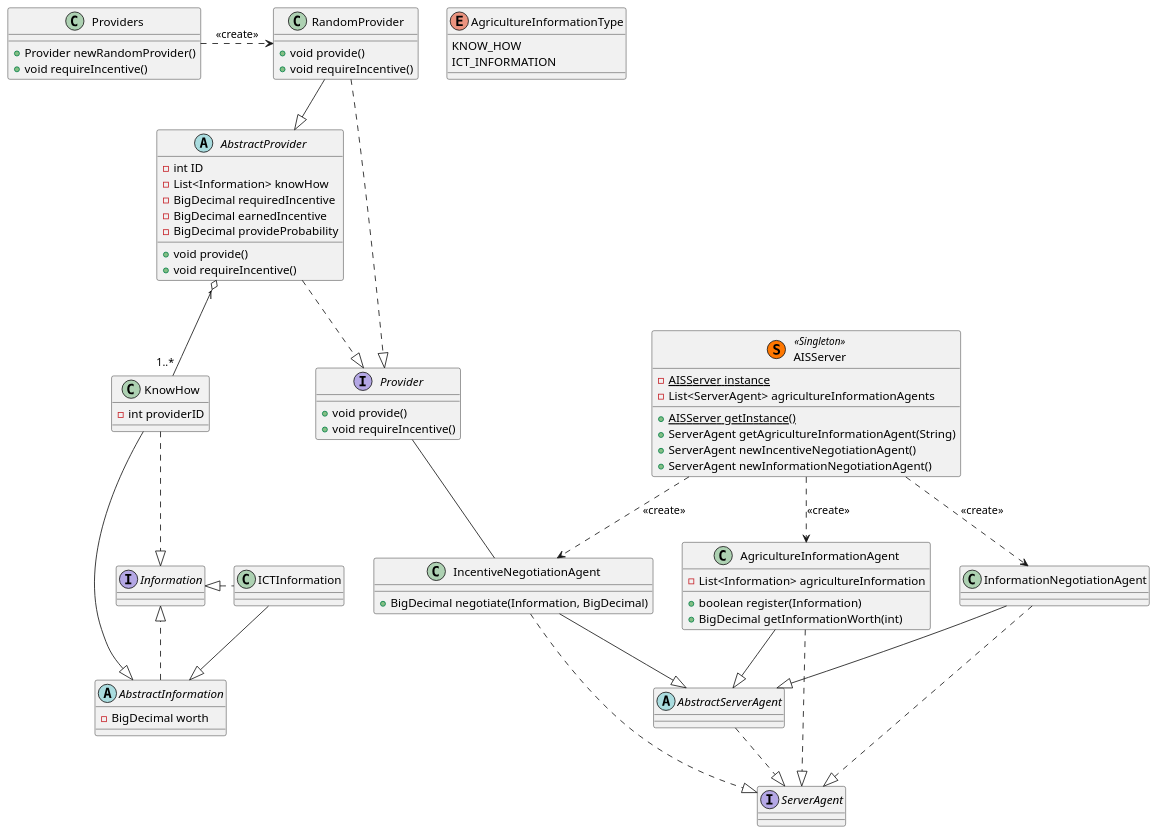
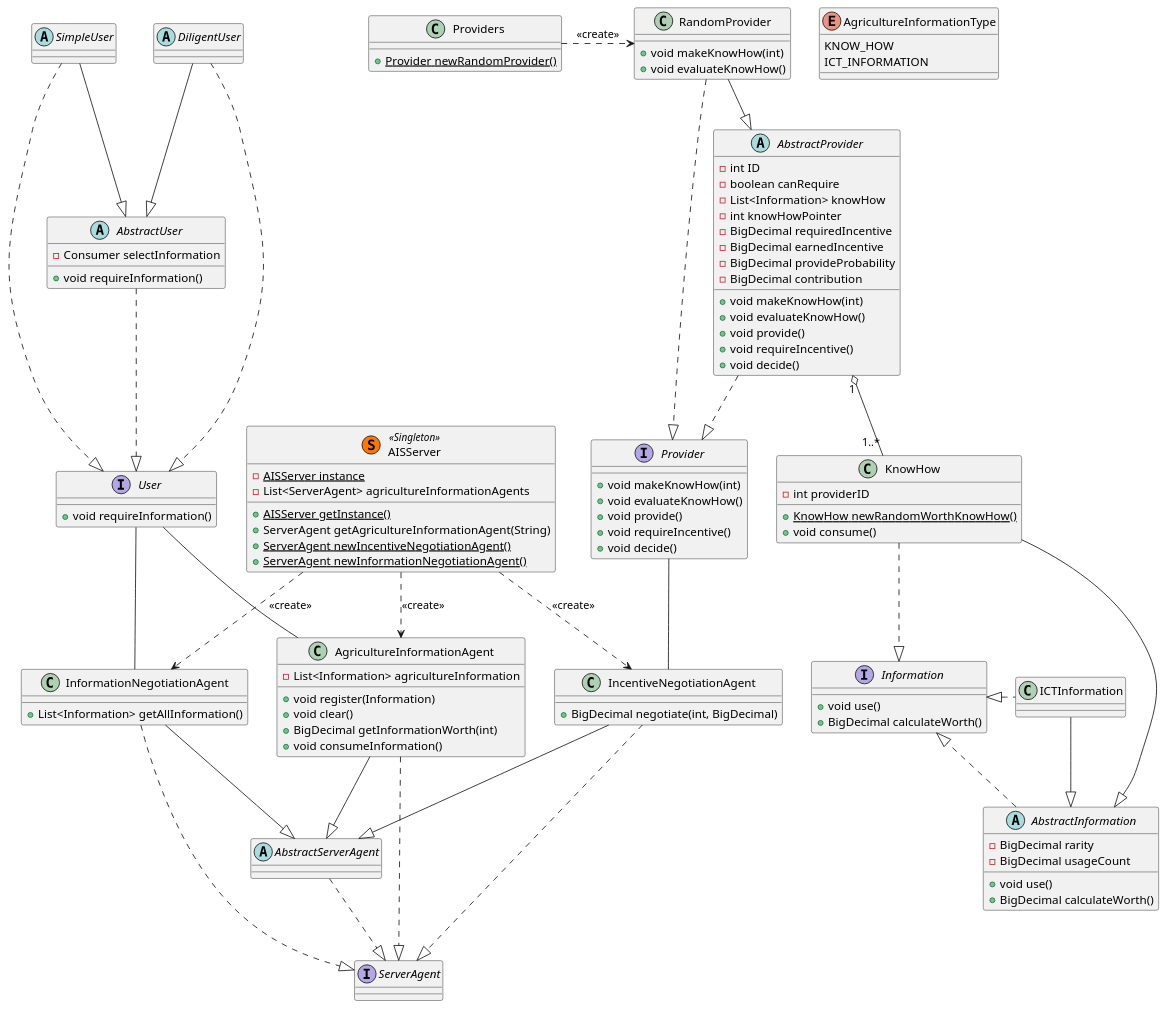
The diagram in src/aisClassFigure.puml (1200627/AgriInfoSharing), drawn with PlantUML before and after one commit. The commit also changed 61 other files, not shown here.

```diff
--- a/src/aisClassFigure.puml
+++ b/src/aisClassFigure.puml
@@ -1,87 +1,132 @@
 @startuml
-
+' getter/setter は省略
 ' ########## Provider ##########
 interface Provider {
+    + void makeKnowHow(int)
+    + void evaluateKnowHow()
     + void provide()
     + void requireIncentive()
+    + void decide()
 }
 abstract class AbstractProvider {
     - int ID
+    - boolean canRequire
     - List<Information> knowHow
+    - int knowHowPointer
     - BigDecimal requiredIncentive
     - BigDecimal earnedIncentive
     - BigDecimal provideProbability
+    - BigDecimal contribution
+    + void makeKnowHow(int)
+    + void evaluateKnowHow()
     + void provide()
     + void requireIncentive()
+    + void decide()
 }
 class RandomProvider {
-    + void provide()
-    + void requireIncentive()
+    + void makeKnowHow(int)
+    + void evaluateKnowHow()
 }
 class Providers {
-    + Provider newRandomProvider()
-    + void requireIncentive()
+    +{static} Provider newRandomProvider()
 }
 
 AbstractProvider ..|> Provider
 RandomProvider --|> AbstractProvider
 RandomProvider .r.|> Provider
 Providers .r.> RandomProvider : <<create>>
 
 AbstractProvider "1" o-- "1..*" KnowHow
 
+' ########## User ##########
+
+interface User {
+    + void requireInformation()
+}
+
+abstract class AbstractUser{
+    - Consumer selectInformation
+    + void requireInformation()
+}
+
+abstract class SimpleUser {
+}
+
+abstract class DiligentUser {
+}
+
+AbstractUser ..|> User
+SimpleUser --|> AbstractUser
+DiligentUser --|> AbstractUser
+SimpleUser ..|> User
+DiligentUser ..|> User
+User -- InformationNegotiationAgent
+User -- AgricultureInformationAgent
+
 ' ########## Information ##########
-interface Information
+interface Information {
+    + void use()
+    + BigDecimal calculateWorth()
+}
 abstract class AbstractInformation {
-    - BigDecimal worth
+    - BigDecimal rarity
+    - BigDecimal usageCount
+    + void use()
+    + BigDecimal calculateWorth()
 }
 class KnowHow {
     - int providerID
+    +{static} KnowHow newRandomWorthKnowHow()
+    + void consume()
 }
 class ICTInformation
 enum AgricultureInformationType {
     KNOW_HOW
     ICT_INFORMATION
 }
 
 AbstractInformation ..|> Information
 KnowHow --|> AbstractInformation
 ICTInformation --|> AbstractInformation
 KnowHow ..|> Information
 ICTInformation .l.|> Information
 
 ' ########## Server ##########
 class AISServer << (S,#FF7700) Singleton >>{
     -{static} AISServer instance
     - List<ServerAgent> agricultureInformationAgents
     +{static} AISServer getInstance()
     + ServerAgent getAgricultureInformationAgent(String)
-    + ServerAgent newIncentiveNegotiationAgent()
-    + ServerAgent newInformationNegotiationAgent()
+    +{static} ServerAgent newIncentiveNegotiationAgent()
+    +{static} ServerAgent newInformationNegotiationAgent()
 }
 interface ServerAgent
 abstract class AbstractServerAgent
 class IncentiveNegotiationAgent {
-    + BigDecimal negotiate(Information, BigDecimal)
+    + BigDecimal negotiate(int, BigDecimal)
 }
 class AgricultureInformationAgent {
     - List<Information> agricultureInformation
-    + boolean register(Information)
+    + void register(Information)
+    + void clear()
     + BigDecimal getInformationWorth(int)
+    + void consumeInformation()
 }
-class InformationNegotiationAgent
+class InformationNegotiationAgent{
+    + List<Information> getAllInformation()
+}
 
 AbstractServerAgent ..|> ServerAgent
 IncentiveNegotiationAgent --|> AbstractServerAgent
 AgricultureInformationAgent --|> AbstractServerAgent
 InformationNegotiationAgent --|> AbstractServerAgent
 IncentiveNegotiationAgent ..|> ServerAgent
 AgricultureInformationAgent ..|> ServerAgent
 InformationNegotiationAgent ..|> ServerAgent
 AISServer ..> IncentiveNegotiationAgent : <<create>>
 AISServer ..> AgricultureInformationAgent : <<create>>
 AISServer ..> InformationNegotiationAgent : <<create>>
 
 Provider -- IncentiveNegotiationAgent
 
 @enduml
```
